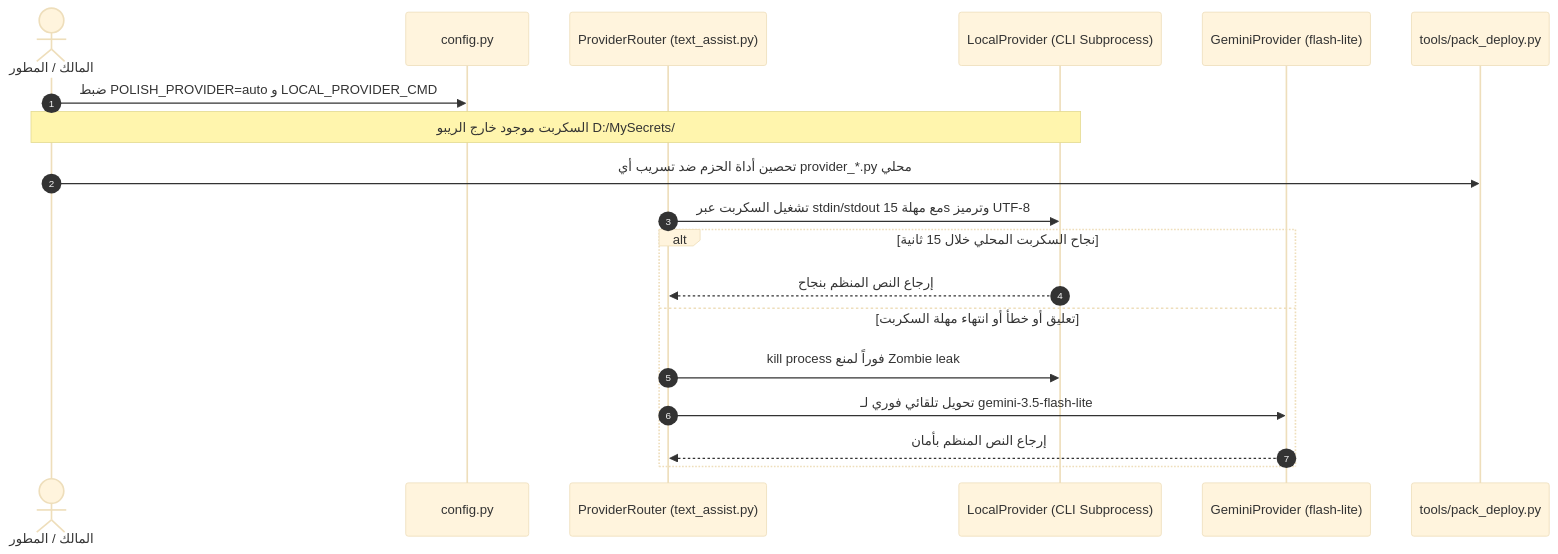
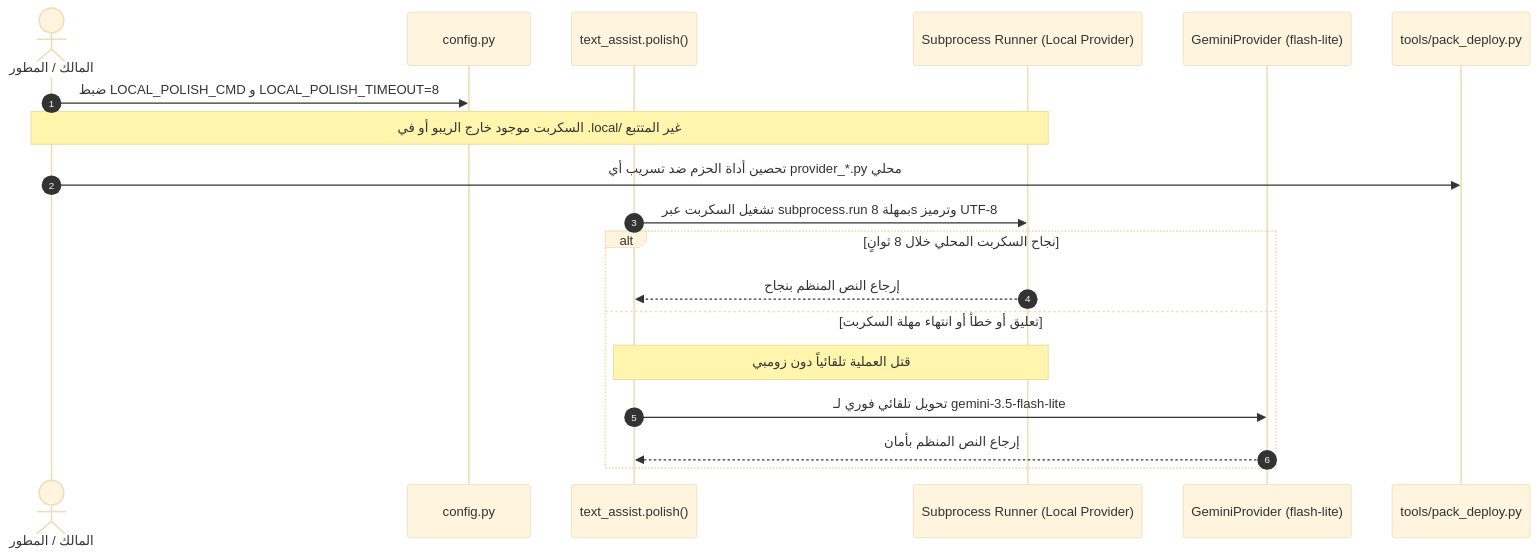
The diagram in Antigravity/04_الخطة_الهندسية_المعتمدة_وتحصين_الحزم.md (wewe00220033/Gemini-3.8-Flash), drawn with Mermaid (base theme) before and after one commit. The commit also changed other lines of this file and 11 other files, not shown here.

Commit message:
feat(polish): implement pluggable local polish provider via subprocess MVA, harden pack_deploy, and add unit tests (499 passed)

````diff
--- a/Antigravity/04_الخطة_الهندسية_المعتمدة_وتحصين_الحزم.md
+++ b/Antigravity/04_الخطة_الهندسية_المعتمدة_وتحصين_الحزم.md
@@ -35,22 +35,22 @@
 ```mermaid
 sequenceDiagram
     autonumber
     actor Dev as المالك / المطور
     participant Config as config.py
-    participant Router as ProviderRouter (text_assist.py)
-    participant Local as LocalProvider (CLI Subprocess)
+    participant Polish as text_assist.polish()
+    participant Local as Subprocess Runner (Local Provider)
     participant Cloud as GeminiProvider (flash-lite)
     participant Pack as tools/pack_deploy.py
 
-    Dev->>Config: ضبط POLISH_PROVIDER=auto و LOCAL_PROVIDER_CMD
-    Note over Dev,Local: السكربت موجود خارج الريبو D:/MySecrets/
+    Dev->>Config: ضبط LOCAL_POLISH_CMD و LOCAL_POLISH_TIMEOUT=8
+    Note over Dev,Local: السكربت موجود خارج الريبو أو في .local/ غير المتتبع
     Dev->>Pack: تحصين أداة الحزم ضد تسريب أي provider_*.py محلي
-    Router->>Local: تشغيل السكربت عبر stdin/stdout مع مهلة 15s وترميز UTF-8
-    alt نجاح السكربت المحلي خلال 15 ثانية
-        Local-->>Router: إرجاع النص المنظم بنجاح
+    Polish->>Local: تشغيل السكربت عبر subprocess.run بمهلة 8s وترميز UTF-8
+    alt نجاح السكربت المحلي خلال 8 ثوانٍ
+        Local-->>Polish: إرجاع النص المنظم بنجاح
     else تعليق أو خطأ أو انتهاء مهلة السكربت
-        Router->>Local: kill process فوراً لمنع Zombie leak
-        Router->>Cloud: تحويل تلقائي فوري لـ gemini-3.5-flash-lite
-        Cloud-->>Router: إرجاع النص المنظم بأمان
+        Note over Local,Polish: قتل العملية تلقائياً دون زومبي
+        Polish->>Cloud: تحويل تلقائي فوري لـ gemini-3.5-flash-lite
+        Cloud-->>Polish: إرجاع النص المنظم بأمان
     end
 ```
````
